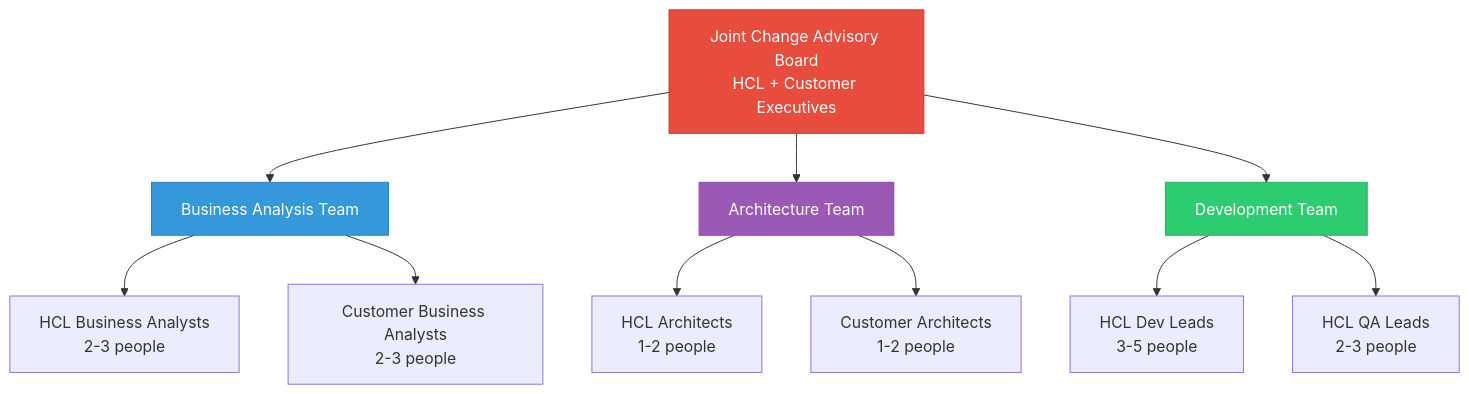
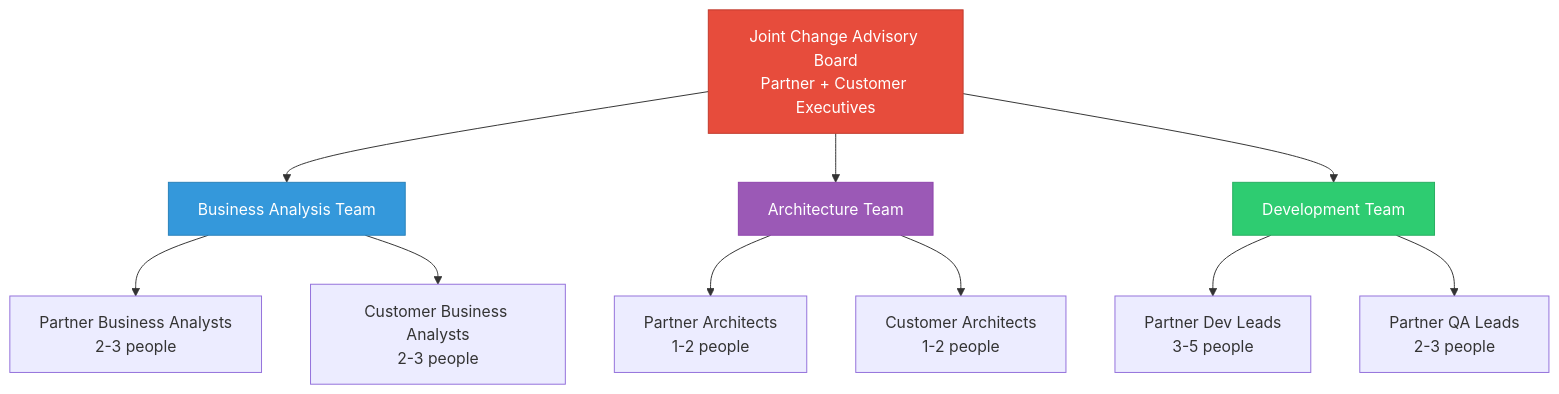
The fourth of 6 diagrams in Requirement Management/GapAnalysisAndRecommendations.md (gitpavleenbali/DevOps-PPT-People-Processes-and-Tools), drawn with Mermaid before and after one commit. The commit also changed other lines of this file, not shown here.

Commit message:
Remove partner names

````diff
--- a/Requirement Management/GapAnalysisAndRecommendations.md
+++ b/Requirement Management/GapAnalysisAndRecommendations.md
@@ -569,22 +569,22 @@
 ```mermaid
 graph TB
-    CAB[Joint Change Advisory Board<br/>HCL + Customer Executives]
+    CAB[Joint Change Advisory Board<br/>Partner + Customer Executives]
     
     CAB --> BA[Business Analysis Team]
     CAB --> ARCH[Architecture Team]
     CAB --> DEV[Development Team]
     
-    BA --> HCL_BA[HCL Business Analysts<br/>2-3 people]
+    BA --> Partner_BA[Partner Business Analysts<br/>2-3 people]
     BA --> CUST_BA[Customer Business Analysts<br/>2-3 people]
     
-    ARCH --> HCL_ARCH[HCL Architects<br/>1-2 people]
+    ARCH --> Partner_ARCH[Partner Architects<br/>1-2 people]
     ARCH --> CUST_ARCH[Customer Architects<br/>1-2 people]
     
-    DEV --> HCL_DEV[HCL Dev Leads<br/>3-5 people]
-    DEV --> HCL_QA[HCL QA Leads<br/>2-3 people]
+    DEV --> Partner_DEV[Partner Dev Leads<br/>3-5 people]
+    DEV --> Partner_QA[Partner QA Leads<br/>2-3 people]
     
     style CAB fill:#e74c3c,stroke:#c0392b,color:#fff
     style BA fill:#3498db,stroke:#2980b9,color:#fff
     style ARCH fill:#9b59b6,stroke:#8e44ad,color:#fff
     style DEV fill:#2ecc71,stroke:#27ae60,color:#fff
 ```
````
